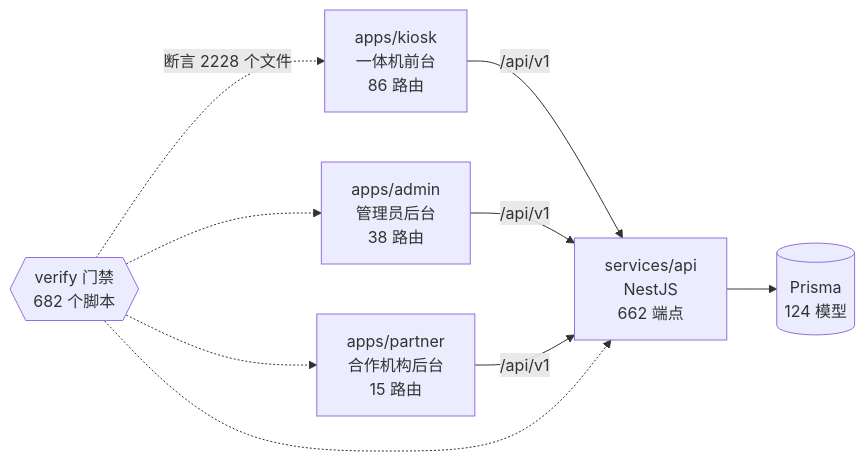
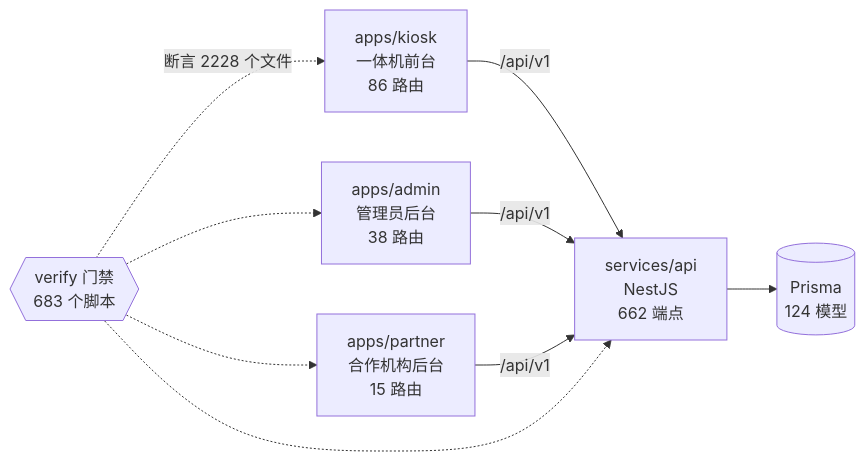
One commit to wanglei581/YITIJI changed the diagram in docs/graph/README.md. Above: the diagram before and after it, drawn with Mermaid. The commit also changed other lines of this file and 3 other files, not shown here.

First line of the commit message:
并入当时的主线并重生图谱

````diff
--- a/docs/graph/README.md
+++ b/docs/graph/README.md
@@ -68,18 +68,18 @@
 ```mermaid
 flowchart LR
   kiosk["apps/kiosk<br/>一体机前台<br/>86 路由"]
   admin["apps/admin<br/>管理员后台<br/>38 路由"]
   partner["apps/partner<br/>合作机构后台<br/>15 路由"]
   api["services/api<br/>NestJS<br/>662 端点"]
   db[("Prisma<br/>124 模型")]
-  gates{{"verify 门禁<br/>682 个脚本"}}
+  gates{{"verify 门禁<br/>683 个脚本"}}
 
   kiosk -->|"/api/v1"| api
   admin -->|"/api/v1"| api
   partner -->|"/api/v1"| api
   api --> db
   gates -.->|"断言 2228 个文件"| kiosk
   gates -.-> admin
   gates -.-> partner
   gates -.-> api
 ```
````
